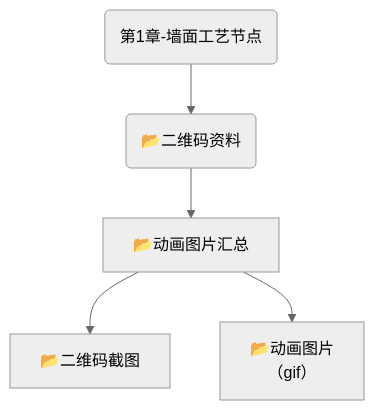
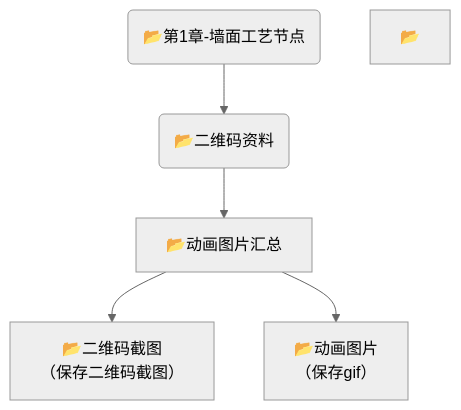
The diagram in mmd/未命名_26e86789-b5ae-49c7-b436-d7c75191fbae.mmd (fireflysss/mermaid-notes), drawn with Mermaid (neutral theme) before and after one commit. The commit also changed 3 other files, not shown here.

Commit message:
Sync Mermaid Studio data (15 diagrams)

```diff
--- a/mmd/未命名_26e86789-b5ae-49c7-b436-d7c75191fbae.mmd
+++ b/mmd/未命名_26e86789-b5ae-49c7-b436-d7c75191fbae.mmd
@@ -1,10 +1,11 @@
 flowchart TD
-  n_0("第1章-墙面工艺节点")
+  n_0("📂第1章-墙面工艺节点")
   n_1("📂二维码资料")
-  n_2["📂二维码截图"]
+  n_2["📂二维码截图<br/>（保存二维码截图）"]
   n_3["📂动画图片汇总"]
-  n_4["📂动画图片 <br/>（gif）"]
+  n_4["📂动画图片 <br/>（保存gif）"]
+  n_5["📂"]
   n_0 --> n_1
   n_1 --> n_3
   n_3 --> n_2
   n_3 --> n_4
```
